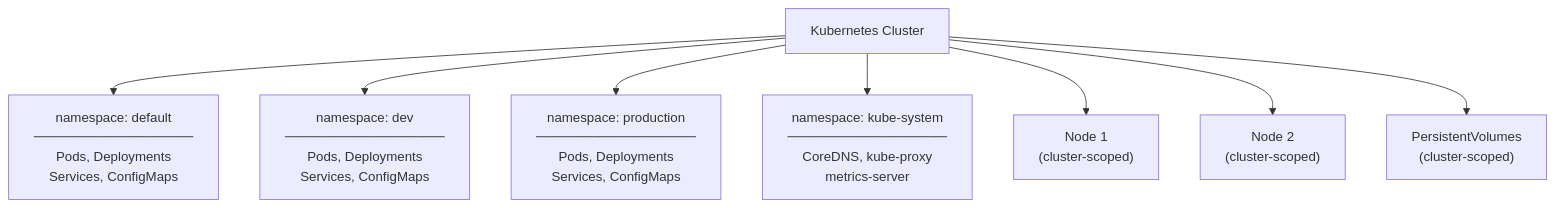
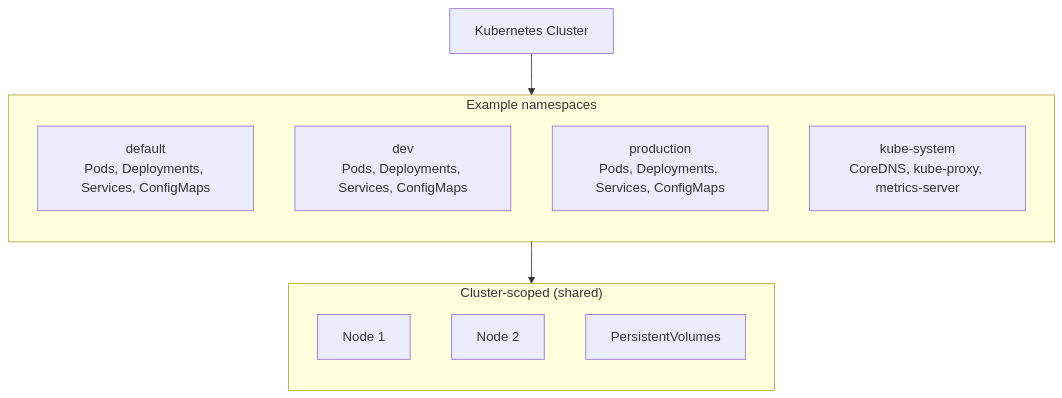
The diagram in src/courses/modules/namespaces/01-what-are-namespaces/en/content.md (Antoine-Flo/kube-mastery), drawn with Mermaid before and after one commit. The commit also changed 28 other files, not shown here.

````diff
--- a/src/courses/modules/namespaces/01-what-are-namespaces/en/content.md
+++ b/src/courses/modules/namespaces/01-what-are-namespaces/en/content.md
@@ -67,13 +67,22 @@
 ```mermaid
 flowchart TD
     Cluster["Kubernetes Cluster"]
 
-    Cluster --> NS_default["namespace: default<br/>─────────────────<br/>Pods, Deployments<br/>Services, ConfigMaps"]
-    Cluster --> NS_dev["namespace: dev<br/>─────────────────<br/>Pods, Deployments<br/>Services, ConfigMaps"]
-    Cluster --> NS_prod["namespace: production<br/>─────────────────<br/>Pods, Deployments<br/>Services, ConfigMaps"]
-    Cluster --> NS_system["namespace: kube-system<br/>─────────────────<br/>CoreDNS, kube-proxy<br/>metrics-server"]
+    subgraph namespaces["Example namespaces"]
+        direction TB
+        NS_default["default<br/>Pods, Deployments, Services, ConfigMaps"]
+        NS_dev["dev<br/>Pods, Deployments, Services, ConfigMaps"]
+        NS_prod["production<br/>Pods, Deployments, Services, ConfigMaps"]
+        NS_system["kube-system<br/>CoreDNS, kube-proxy, metrics-server"]
+    end
 
-    Cluster --> Node1["Node 1<br/>(cluster-scoped)"]
-    Cluster --> Node2["Node 2<br/>(cluster-scoped)"]
-    Cluster --> PV["PersistentVolumes<br/>(cluster-scoped)"]
+    subgraph clusterScoped["Cluster-scoped (shared)"]
+        direction TB
+        Node1["Node 1"]
+        Node2["Node 2"]
+        PV["PersistentVolumes"]
+    end
+
+    Cluster --> namespaces
+    namespaces --> clusterScoped
 ```
````
